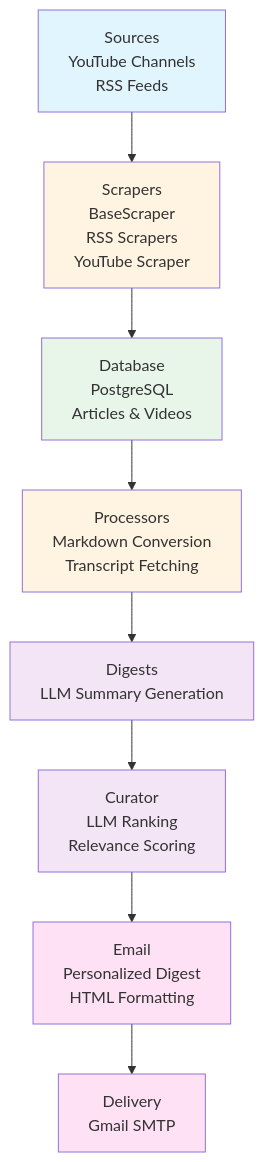
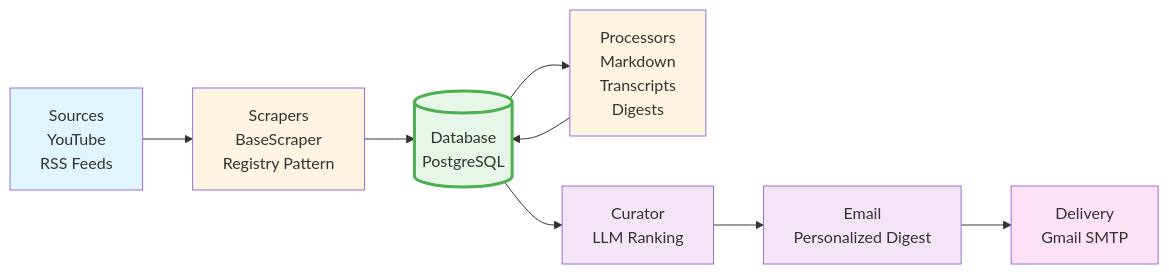
One commit to gggshil/ai-news-aggregator changed the diagram in README.md. Above: the diagram before and after it, drawn with Mermaid. The commit also changed other lines of this file and 1 other file, not shown here.

````diff
--- a/README.md
+++ b/README.md
@@ -16,19 +16,18 @@
 ```mermaid
-graph TD
-    A[Sources<br/>YouTube Channels<br/>RSS Feeds] --> B[Scrapers<br/>BaseScraper<br/>RSS Scrapers<br/>YouTube Scraper]
-    B --> C[Database<br/>PostgreSQL<br/>Articles & Videos]
-    C --> D[Processors<br/>Markdown Conversion<br/>Transcript Fetching]
-    D --> E[Digests<br/>LLM Summary Generation]
-    E --> F[Curator<br/>LLM Ranking<br/>Relevance Scoring]
-    F --> G[Email<br/>Personalized Digest<br/>HTML Formatting]
-    G --> H[Delivery<br/>Gmail SMTP]
+graph LR
+    A[Sources<br/>YouTube<br/>RSS Feeds] --> B[Scrapers<br/>BaseScraper<br/>Registry Pattern]
+    B --> C[(Database<br/>PostgreSQL)]
+    C --> D[Processors<br/>Markdown<br/>Transcripts<br/>Digests]
+    D --> C
+    C --> E[Curator<br/>LLM Ranking]
+    E --> F[Email<br/>Personalized Digest]
+    F --> G[Delivery<br/>Gmail SMTP]
     
     style A fill:#e1f5ff
     style B fill:#fff4e1
-    style C fill:#e8f5e9
+    style C fill:#e8f5e9,stroke:#4caf50,stroke-width:3px
     style D fill:#fff4e1
     style E fill:#f3e5f5
     style F fill:#f3e5f5
     style G fill:#ffe1f5
-    style H fill:#ffe1f5
 ```
````
